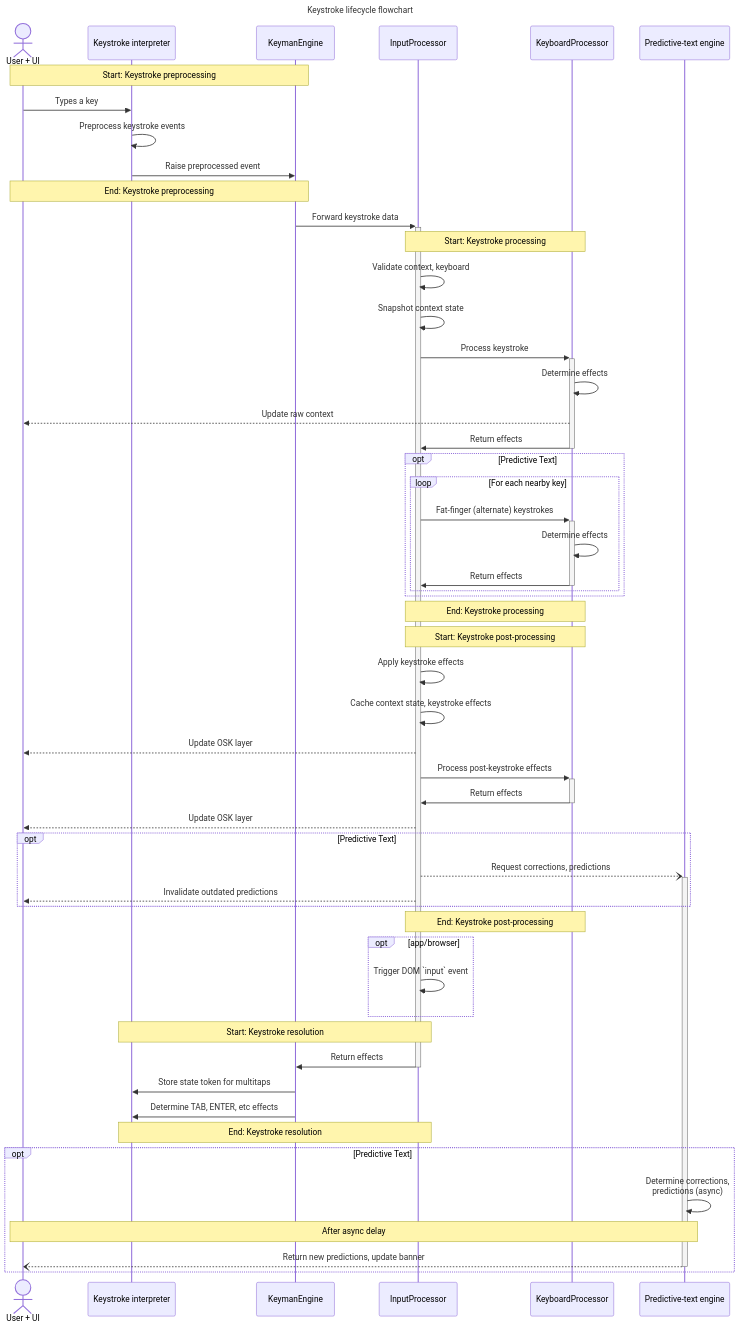
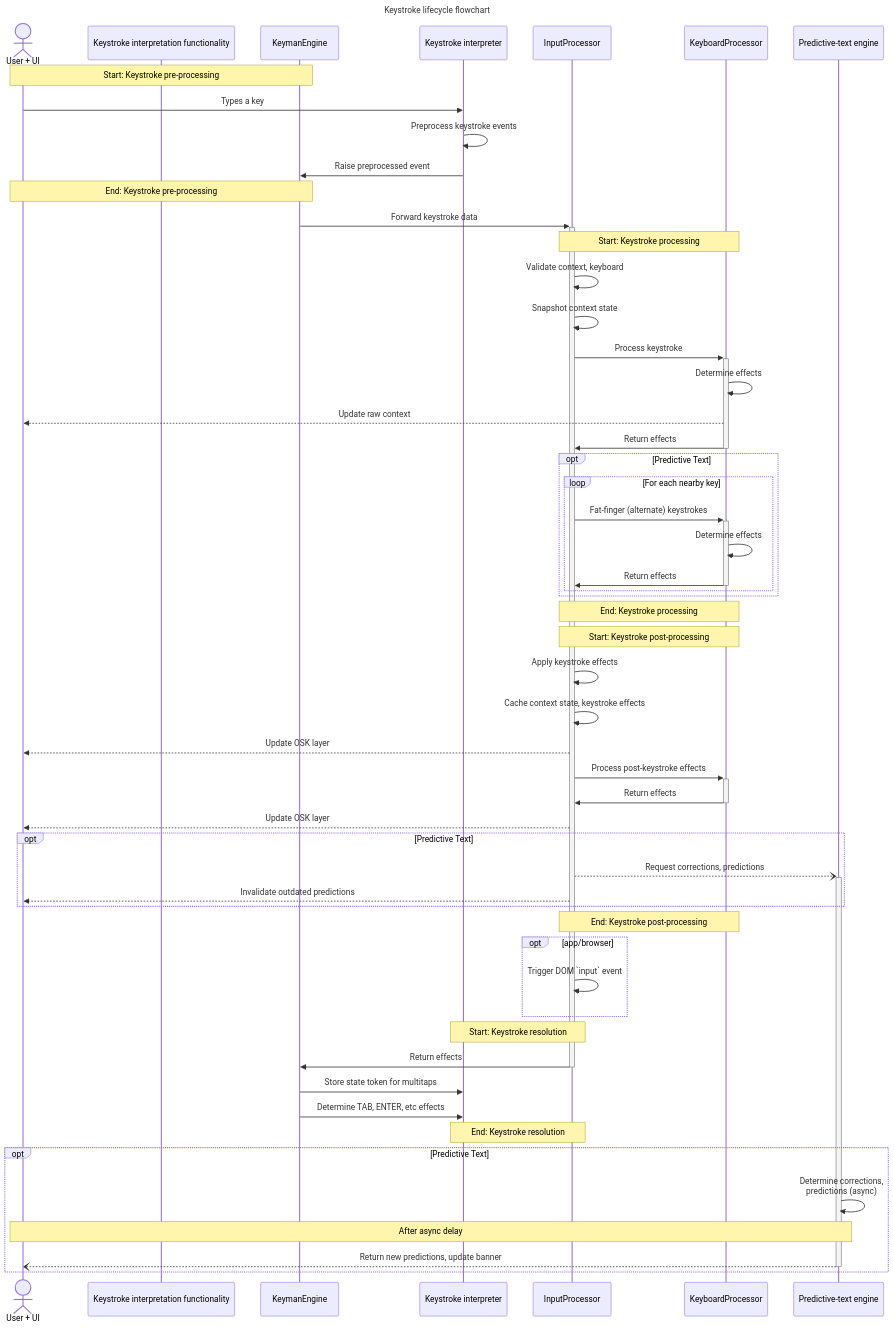
Before and after one commit to keymanapp/keyman: the diagram in web/docs/internal/keystroke-lifecycle.md, drawn with Mermaid. The commit also changed other lines of this file, not shown here.

Commit message:
docs(web): apply suggestions from code review

````diff
--- a/web/docs/internal/keystroke-lifecycle.md
+++ b/web/docs/internal/keystroke-lifecycle.md
@@ -31,69 +31,69 @@
 ```mermaid
 ---
 title: Keystroke lifecycle flowchart
 ---
 %% For rendering, use e.g. https://mermaid.live
 %%{init: {"flowchart": {"htmlLabels": false}} }%%
 sequenceDiagram;
 
 actor User as User + UI
-participant Keystroke interpreter
+participant Keystroke interpretation functionality
 
-Note over User, KeymanEngine:  Start:  Keystroke preprocessing
+Note over User, KeymanEngine:  Start:  Keystroke pre-processing
 User ->> Keystroke interpreter: Types a key
 Keystroke interpreter ->> Keystroke interpreter: Preprocess keystroke events
 Keystroke interpreter ->> KeymanEngine: Raise preprocessed event
-Note over User, KeymanEngine:  End: Keystroke preprocessing
+Note over User, KeymanEngine:  End: Keystroke pre-processing
 KeymanEngine ->>+ InputProcessor: Forward keystroke data
 
 Note over InputProcessor, KeyboardProcessor:  Start:  Keystroke processing
 InputProcessor ->> InputProcessor:  Validate context, keyboard
 InputProcessor ->> InputProcessor:  Snapshot context state
 
 InputProcessor ->>+ KeyboardProcessor:  Process keystroke
 KeyboardProcessor ->> KeyboardProcessor:  Determine effects
 KeyboardProcessor -->> User:  Update raw context
 KeyboardProcessor ->>- InputProcessor:  Return effects
 
 opt Predictive Text
     loop For each nearby key
         InputProcessor ->>+ KeyboardProcessor:  Fat-finger (alternate) keystrokes
         KeyboardProcessor ->> KeyboardProcessor:  Determine effects
         KeyboardProcessor ->>- InputProcessor:  Return effects
     end
 end
 
 Note over InputProcessor, KeyboardProcessor:  End:  Keystroke processing
 Note over InputProcessor, KeyboardProcessor:  Start:  Keystroke post-processing
 
 InputProcessor ->> InputProcessor:  Apply keystroke effects
 InputProcessor ->> InputProcessor:  Cache context state, keystroke effects
 InputProcessor -->> User:  Update OSK layer
 InputProcessor ->>+ KeyboardProcessor:  Process post-keystroke effects
 KeyboardProcessor ->>- InputProcessor:  Return effects
 InputProcessor -->> User:  Update OSK layer
 
 opt Predictive Text
     InputProcessor --)+ Predictive-text engine:  Request corrections, predictions
     InputProcessor -->> User:  Invalidate outdated predictions
 end
 
 Note over InputProcessor, KeyboardProcessor:  End:  Keystroke post-processing
 
 opt app/browser
     InputProcessor ->> InputProcessor:  Trigger DOM `input` event
 end
 
 Note over Keystroke interpreter, InputProcessor:  Start:  Keystroke resolution
 InputProcessor ->>- KeymanEngine:  Return effects
 
 KeymanEngine ->> Keystroke interpreter:  Store state token for multitaps
 KeymanEngine ->> Keystroke interpreter:  Determine TAB, ENTER, etc effects
 Note over Keystroke interpreter, InputProcessor:  End:  Keystroke resolution
 
 opt Predictive Text
     Predictive-text engine ->> Predictive-text engine:  Determine corrections,<br>predictions (async)
     Note over User, Predictive-text engine:  After async delay
     Predictive-text engine --)- User:  Return new predictions, update banner
 end
 ```
````
